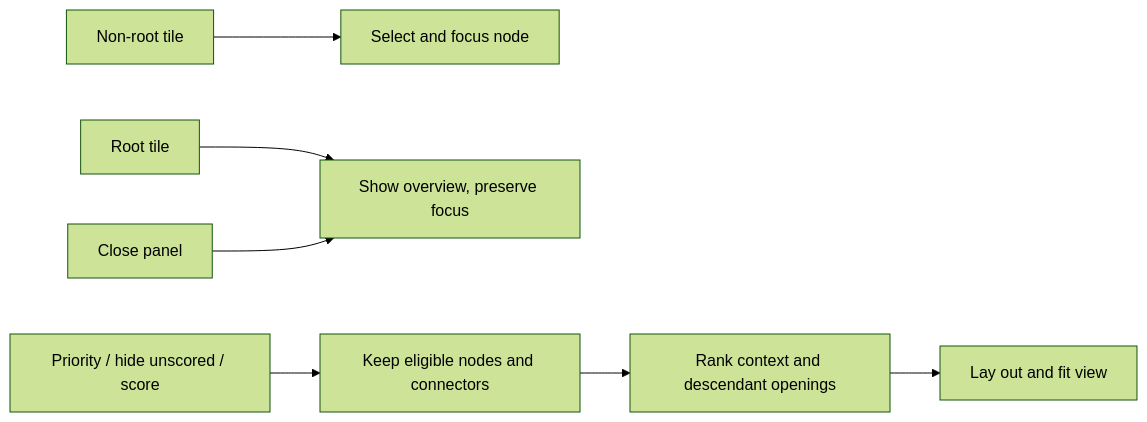
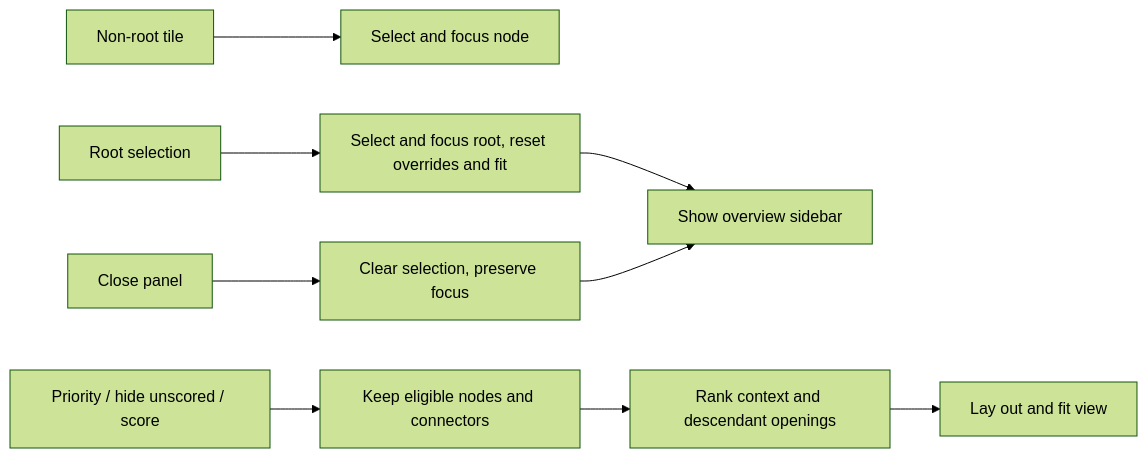
The first of 3 diagrams in docs/DESIGN.md (BrianBland/techtree), drawn with Mermaid (forest theme) before and after one commit. The commit also changed other lines of this file and 2 other files, not shown here.

Commit message:
Select and focus repo root while showing overview

````diff
--- a/docs/DESIGN.md
+++ b/docs/DESIGN.md
@@ -323,9 +323,11 @@
 ```mermaid
 flowchart LR
   NodeClick[Non-root tile] --> Focus[Select and focus node]
-  RootClick[Root tile] --> Overview[Show overview, preserve focus]
-  Close[Close panel] --> Overview
+  RootClick[Root selection] --> RootFocus[Select and focus root, reset overrides and fit]
+  RootFocus --> Overview[Show overview sidebar]
+  Close[Close panel] --> Deselect[Clear selection, preserve focus]
+  Deselect --> Overview
   Controls[Priority / hide unscored / score] --> Filter[Keep eligible nodes and connectors]
   Filter --> Rank[Rank context and descendant openings]
   Rank --> Fit[Lay out and fit view]
 ```
````
